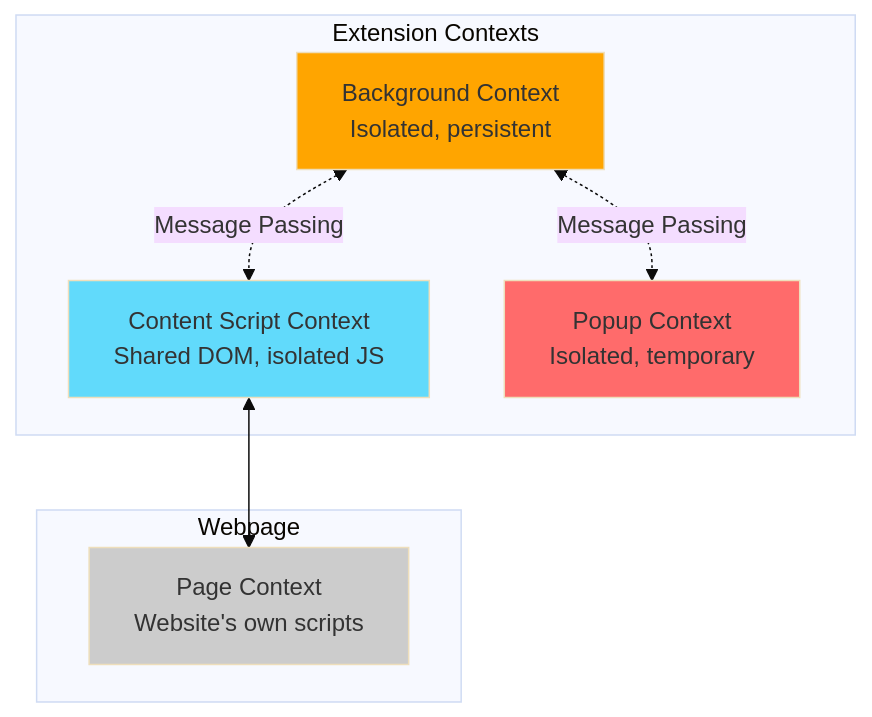
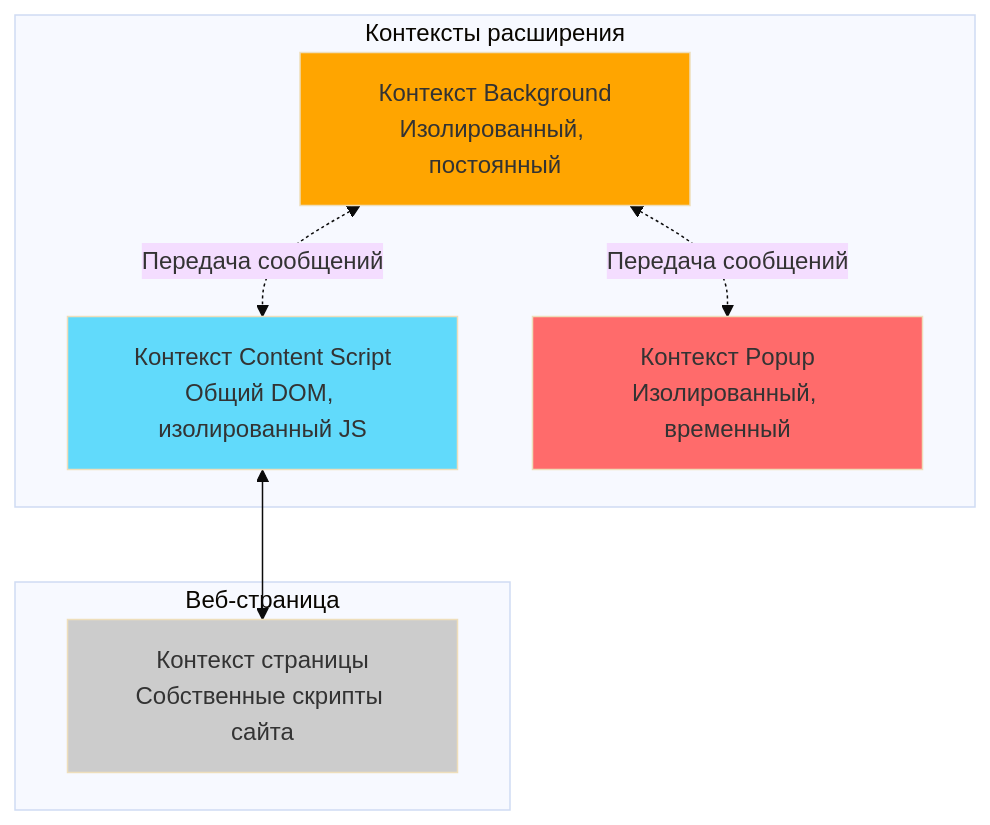
One commit to drunkody/textarea-fullscreen-extension changed the third of 3 diagrams in slides/00-intro-chrome-extensions.md. Above: the diagram before and after it, drawn with Mermaid (base theme). The commit also changed other lines of this file and 22 other files, not shown here.

````diff
--- a/slides/00-intro-chrome-extensions.md
+++ b/slides/00-intro-chrome-extensions.md
@@ -177,21 +177,21 @@
 ```mermaid
 graph TB
-    subgraph "Extension Contexts"
-        A[Background Context<br/>Isolated, persistent]
-        B[Content Script Context<br/>Shared DOM, isolated JS]
-        C[Popup Context<br/>Isolated, temporary]
+    subgraph "Контексты расширения"
+        A[Контекст Background<br/>Изолированный, постоянный]
+        B[Контекст Content Script<br/>Общий DOM, изолированный JS]
+        C[Контекст Popup<br/>Изолированный, временный]
     end
     
-    subgraph "Webpage"
-        D[Page Context<br/>Website's own scripts]
+    subgraph "Веб-страница"
+        D[Контекст страницы<br/>Собственные скрипты сайта]
     end
     
     B <--> D
-    A <-.Message Passing.-> B
-    A <-.Message Passing.-> C
+    A <-.Передача сообщений.-> B
+    A <-.Передача сообщений.-> C
     
     style A fill:#ffa500
     style B fill:#61dafb
     style C fill:#ff6b6b
     style D fill:#cccccc
 ```
````
